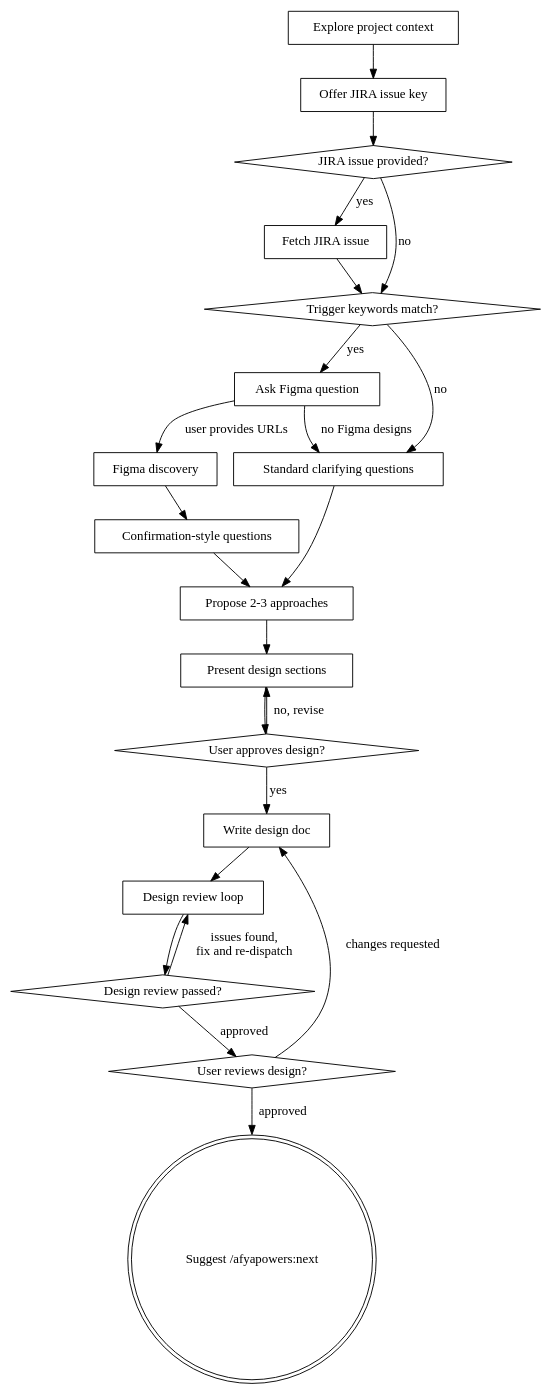
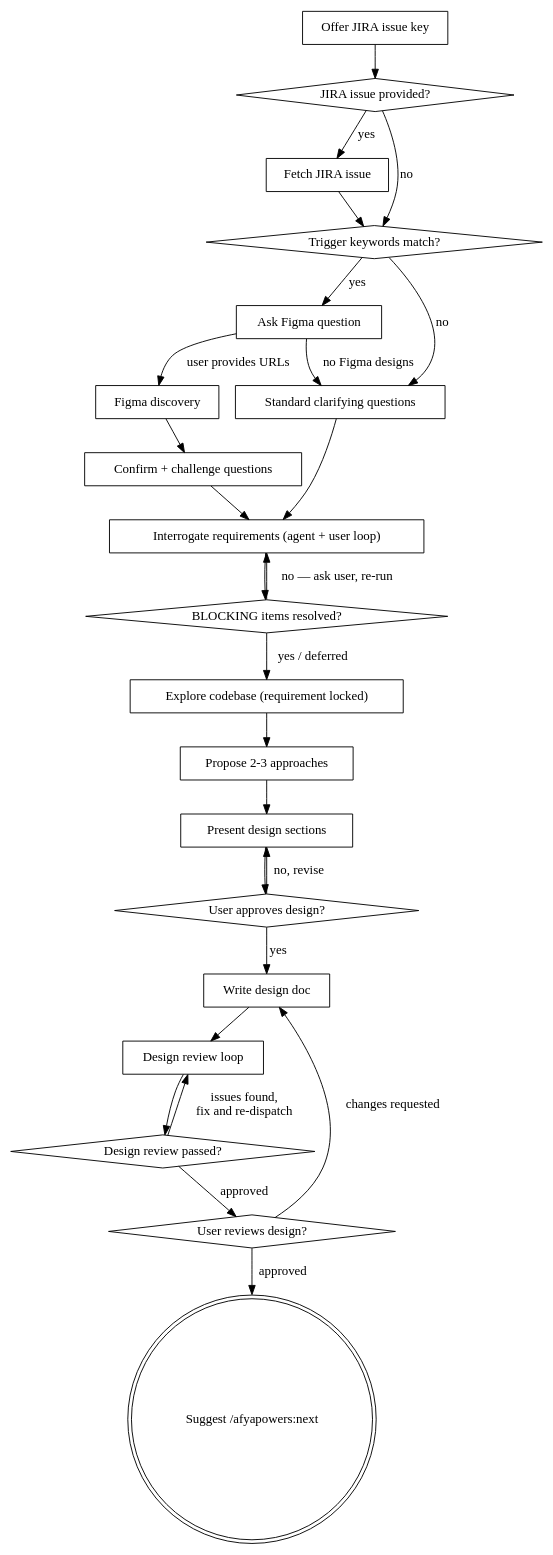
The diagram in dist/claude/skills/design/SKILL.md (iclinic/afyapowers), drawn with Graphviz before and after one commit. The commit also changed other lines of this file and 59 other files, not shown here.

````diff
--- a/dist/claude/skills/design/SKILL.md
+++ b/dist/claude/skills/design/SKILL.md
@@ -44,44 +53,49 @@
 ```dot
 digraph design {
-    "Explore project context" [shape=box];
     "Offer JIRA issue key" [shape=box];
     "JIRA issue provided?" [shape=diamond];
     "Fetch JIRA issue" [shape=box];
     "Trigger keywords match?" [shape=diamond];
     "Ask Figma question" [shape=box];
     "Figma discovery" [shape=box];
-    "Confirmation-style questions" [shape=box];
+    "Confirm + challenge questions" [shape=box];
     "Standard clarifying questions" [shape=box];
+    "Interrogate requirements (agent + user loop)" [shape=box];
+    "BLOCKING items resolved?" [shape=diamond];
+    "Explore codebase (requirement locked)" [shape=box];
     "Propose 2-3 approaches" [shape=box];
     "Present design sections" [shape=box];
     "User approves design?" [shape=diamond];
     "Write design doc" [shape=box];
     "Design review loop" [shape=box];
     "Design review passed?" [shape=diamond];
     "User reviews design?" [shape=diamond];
     "Suggest /afyapowers:next" [shape=doublecircle];
 
-    "Explore project context" -> "Offer JIRA issue key";
     "Offer JIRA issue key" -> "JIRA issue provided?";
     "JIRA issue provided?" -> "Fetch JIRA issue" [label="yes"];
     "JIRA issue provided?" -> "Trigger keywords match?" [label="no"];
     "Fetch JIRA issue" -> "Trigger keywords match?";
     "Trigger keywords match?" -> "Ask Figma question" [label="yes"];
     "Trigger keywords match?" -> "Standard clarifying questions" [label="no"];
     "Ask Figma question" -> "Figma discovery" [label="user provides URLs"];
     "Ask Figma question" -> "Standard clarifying questions" [label="no Figma designs"];
-    "Figma discovery" -> "Confirmation-style questions";
-    "Confirmation-style questions" -> "Propose 2-3 approaches";
-    "Standard clarifying questions" -> "Propose 2-3 approaches";
+    "Figma discovery" -> "Confirm + challenge questions";
+    "Confirm + challenge questions" -> "Interrogate requirements (agent + user loop)";
+    "Standard clarifying questions" -> "Interrogate requirements (agent + user loop)";
+    "Interrogate requirements (agent + user loop)" -> "BLOCKING items resolved?";
+    "BLOCKING items resolved?" -> "Interrogate requirements (agent + user loop)" [label="no — ask user, re-run"];
+    "BLOCKING items resolved?" -> "Explore codebase (requirement locked)" [label="yes / deferred"];
+    "Explore codebase (requirement locked)" -> "Propose 2-3 approaches";
     "Propose 2-3 approaches" -> "Present design sections";
     "Present design sections" -> "User approves design?";
     "User approves design?" -> "Present design sections" [label="no, revise"];
     "User approves design?" -> "Write design doc" [label="yes"];
     "Write design doc" -> "Design review loop";
     "Design review loop" -> "Design review passed?";
     "Design review passed?" -> "Design review loop" [label="issues found,\nfix and re-dispatch"];
     "Design review passed?" -> "User reviews design?" [label="approved"];
     "User reviews design?" -> "Write design doc" [label="changes requested"];
     "User reviews design?" -> "Suggest /afyapowers:next" [label="approved"];
 }
 ```
````
